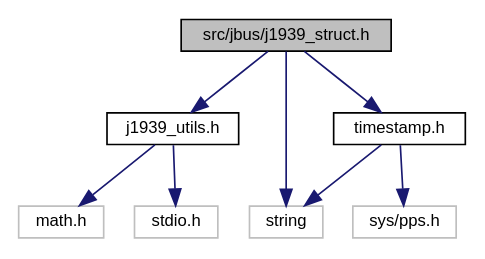
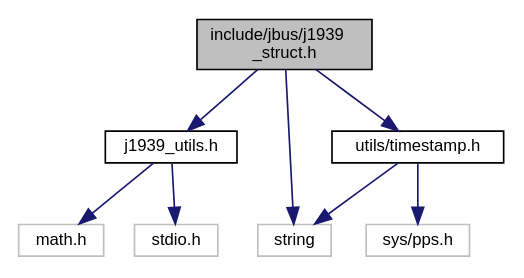
The diagram in docs/j1939__struct_8h__incl.dot (AboudyKreidieh/truck-code), drawn with Graphviz before and after one commit. The commit also changed 582 other files, not shown here.

```diff
--- a/docs/j1939__struct_8h__incl.dot
+++ b/docs/j1939__struct_8h__incl.dot
@@ -1,19 +1,19 @@
-digraph "src/jbus/j1939_struct.h"
+digraph "include/jbus/j1939_struct.h"
 {
   edge [fontname="Helvetica",fontsize="10",labelfontname="Helvetica",labelfontsize="10"];
   node [fontname="Helvetica",fontsize="10",shape=record];
-  Node0 [label="src/jbus/j1939_struct.h",height=0.2,width=0.4,color="black", fillcolor="grey75", style="filled", fontcolor="black"];
+  Node0 [label="include/jbus/j1939\l_struct.h",height=0.2,width=0.4,color="black", fillcolor="grey75", style="filled", fontcolor="black"];
   Node0 -> Node1 [color="midnightblue",fontsize="10",style="solid",fontname="Helvetica"];
   Node1 [label="string",height=0.2,width=0.4,color="grey75", fillcolor="white", style="filled"];
   Node0 -> Node2 [color="midnightblue",fontsize="10",style="solid",fontname="Helvetica"];
   Node2 [label="j1939_utils.h",height=0.2,width=0.4,color="black", fillcolor="white", style="filled",URL="$j1939__utils_8h.html"];
   Node2 -> Node3 [color="midnightblue",fontsize="10",style="solid",fontname="Helvetica"];
   Node3 [label="math.h",height=0.2,width=0.4,color="grey75", fillcolor="white", style="filled"];
   Node2 -> Node4 [color="midnightblue",fontsize="10",style="solid",fontname="Helvetica"];
   Node4 [label="stdio.h",height=0.2,width=0.4,color="grey75", fillcolor="white", style="filled"];
   Node0 -> Node5 [color="midnightblue",fontsize="10",style="solid",fontname="Helvetica"];
-  Node5 [label="timestamp.h",height=0.2,width=0.4,color="black", fillcolor="white", style="filled",URL="$timestamp_8h.html"];
+  Node5 [label="utils/timestamp.h",height=0.2,width=0.4,color="black", fillcolor="white", style="filled",URL="$timestamp_8h.html"];
   Node5 -> Node1 [color="midnightblue",fontsize="10",style="solid",fontname="Helvetica"];
   Node5 -> Node6 [color="midnightblue",fontsize="10",style="solid",fontname="Helvetica"];
   Node6 [label="sys/pps.h",height=0.2,width=0.4,color="grey75", fillcolor="white", style="filled"];
 }
```
